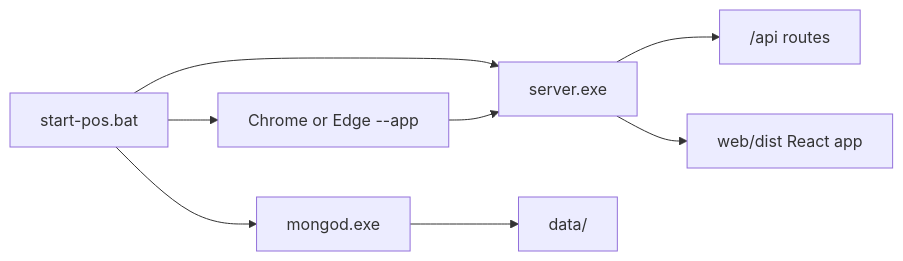
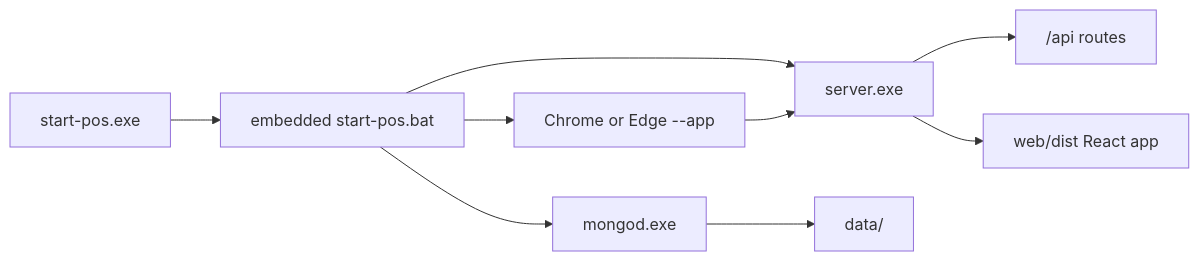
Before and after one commit to Jansalvador1445/watermarks-pos: the diagram in docs/DEPLOYMENT.md, drawn with Mermaid. The commit also changed other lines of this file and 10 other files, not shown here.

````diff
--- a/docs/DEPLOYMENT.md
+++ b/docs/DEPLOYMENT.md
@@ -11,10 +11,11 @@
 ```mermaid
 flowchart LR
-    startPos[start-pos.bat] --> mongod[mongod.exe]
-    startPos --> server[server.exe]
+    startPos[start-pos.exe] --> batch[embedded start-pos.bat]
+    batch --> mongod[mongod.exe]
+    batch --> server[server.exe]
     server --> api["/api routes"]
     server --> static["web/dist React app"]
-    startPos --> browser["Chrome or Edge --app"]
+    batch --> browser["Chrome or Edge --app"]
     browser --> server
     mongod --> dataDir[data/]
 ```
````
